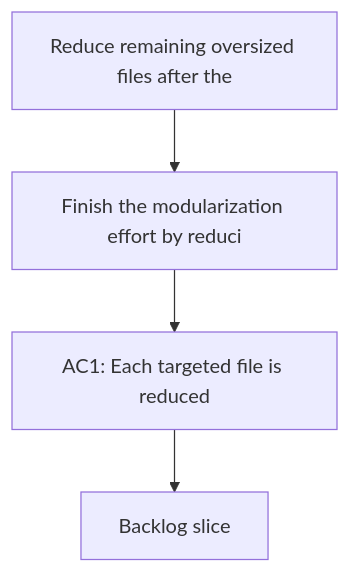
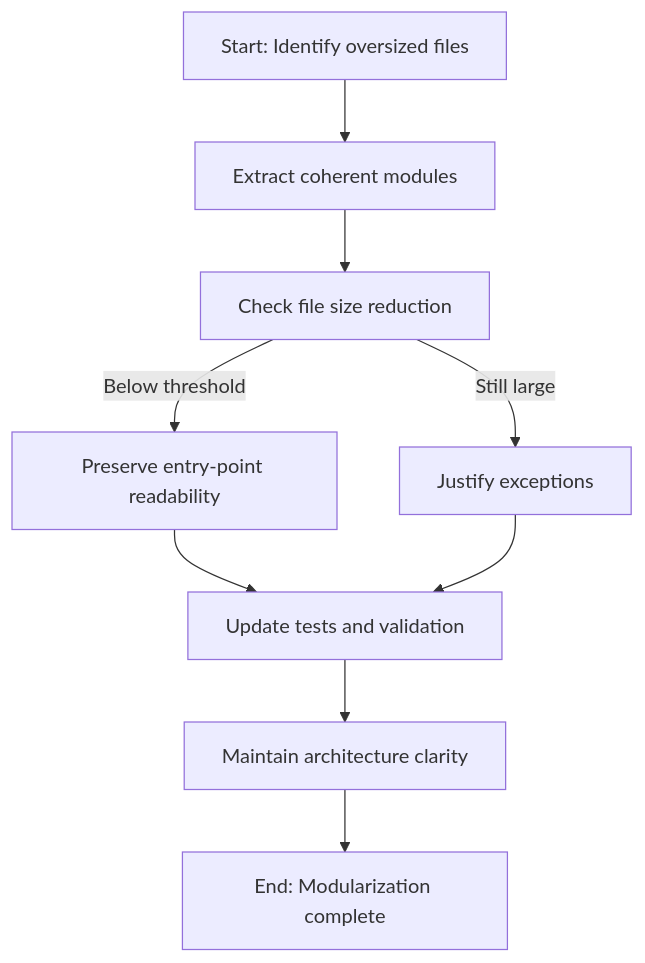
The diagram in logics/request/req_054_reduce_remaining_oversized_files_after_the_first_modularization_pass.md (AlexAgo83/logics-manager), drawn with Mermaid before and after one commit. The commit also changed other lines of this file and 54 other files, not shown here.

````diff
--- a/logics/request/req_054_reduce_remaining_oversized_files_after_the_first_modularization_pass.md
+++ b/logics/request/req_054_reduce_remaining_oversized_files_after_the_first_modularization_pass.md
@@ -10,8 +10,13 @@
 ```mermaid
 %% logics-kind: request
 %% logics-signature: request|reduce-remaining-oversized-files-after-t|finish-the-modularization-effort-by-redu|ac1-each-targeted-file-is-reduced
 flowchart TD
-    Trigger[Reduce remaining oversized files after the] --> Need[Finish the modularization effort by reduci]
-    Need --> Outcome[AC1: Each targeted file is reduced]
-    Outcome --> Backlog[Backlog slice]
+  A[Start: Identify oversized files] --> B[Extract coherent modules]
+  B --> C[Check file size reduction]
+  C -->|Below threshold| D[Preserve entry-point readability]
+  C -->|Still large| E[Justify exceptions]
+  D --> F[Update tests and validation]
+  E --> F
+  F --> G[Maintain architecture clarity]
+  G --> H[End: Modularization complete]
 ```
````
